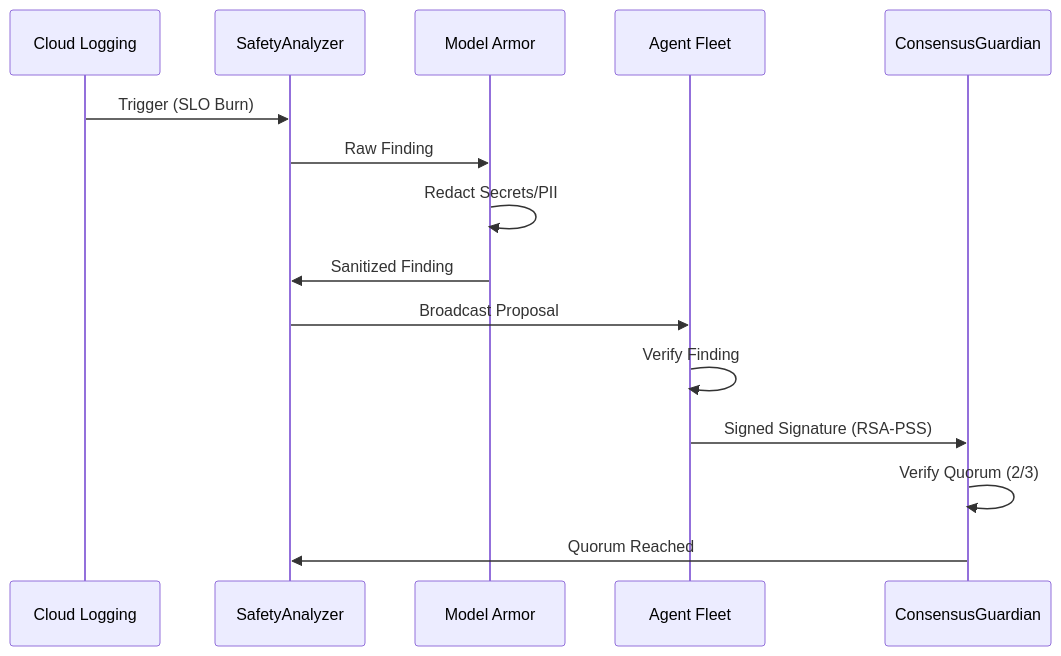
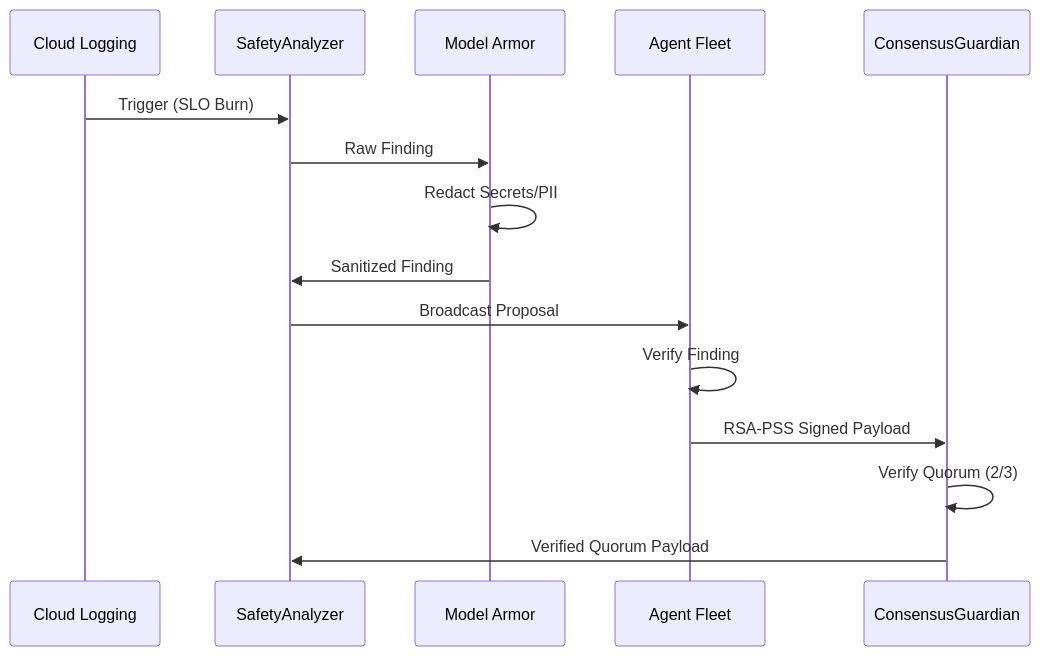
One commit to anandkrshnn-ai/gcp-qe-architecture changed the first of 2 diagrams in docs/architecture/operational-model.md. Above: the diagram before and after it, drawn with Mermaid. The commit also changed other lines of this file, not shown here.

Commit message:
Hardening: Finalizing the 9.5+ Operationally Hardened Reference Architecture (v8.2.2)

````diff
--- a/docs/architecture/operational-model.md
+++ b/docs/architecture/operational-model.md
@@ -8,18 +8,18 @@
 ```mermaid
 sequenceDiagram
     participant Log as Cloud Logging
     participant Az as SafetyAnalyzer
     participant Am as Model Armor
     participant Ag as Agent Fleet
     participant Cg as ConsensusGuardian
 
     Log->>Az: Trigger (SLO Burn)
     Az->>Am: Raw Finding
     Am->>Am: Redact Secrets/PII
     Am->>Az: Sanitized Finding
     Az->>Ag: Broadcast Proposal
     Ag->>Ag: Verify Finding
-    Ag->>Cg: Signed Signature (RSA-PSS)
+    Ag->>Cg: RSA-PSS Signed Payload
     Cg->>Cg: Verify Quorum (2/3)
-    Cg->>Az: Quorum Reached
+    Cg->>Az: Verified Quorum Payload
 ```
````
